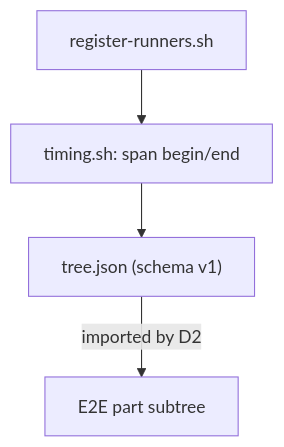
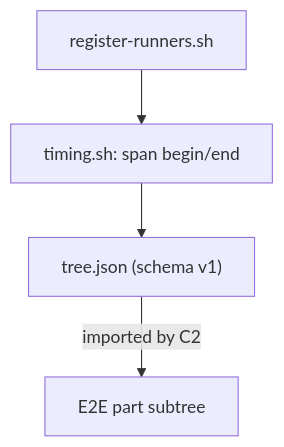
Diagram 13 of 14 in docs/dev/implementation/88-cross-process-instrumentation-and-reporting/plan.md (VitaliiAndreev/Infrastructure-Common), drawn with Mermaid before and after one commit. The commit also changed other lines of this file and 1 other file, not shown here.

````diff
--- a/docs/dev/implementation/88-cross-process-instrumentation-and-reporting/plan.md
+++ b/docs/dev/implementation/88-cross-process-instrumentation-and-reporting/plan.md
@@ -452,6 +483,6 @@
 ```mermaid
 flowchart TD
   sh["register-runners.sh"] --> emit["timing.sh: span begin/end"]
   emit --> json["tree.json (schema v1)"]
-  json -->|imported by D2| e2e["E2E part subtree"]
+  json -->|imported by C2| e2e["E2E part subtree"]
 ```
````
